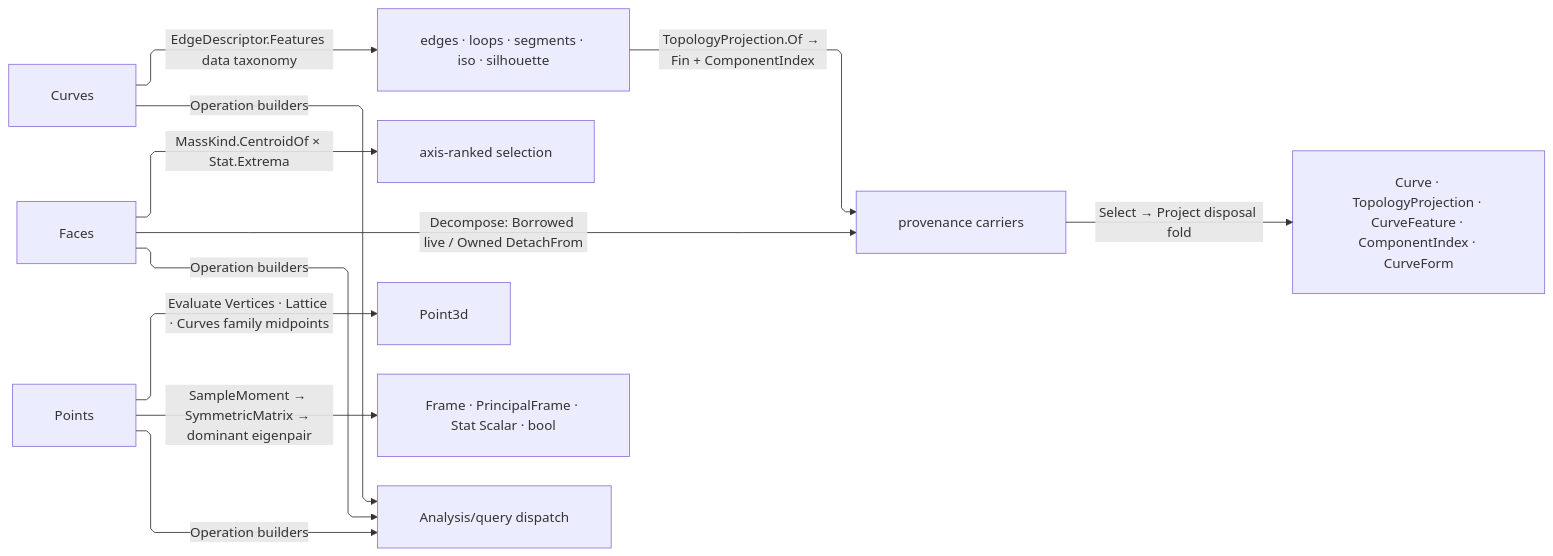
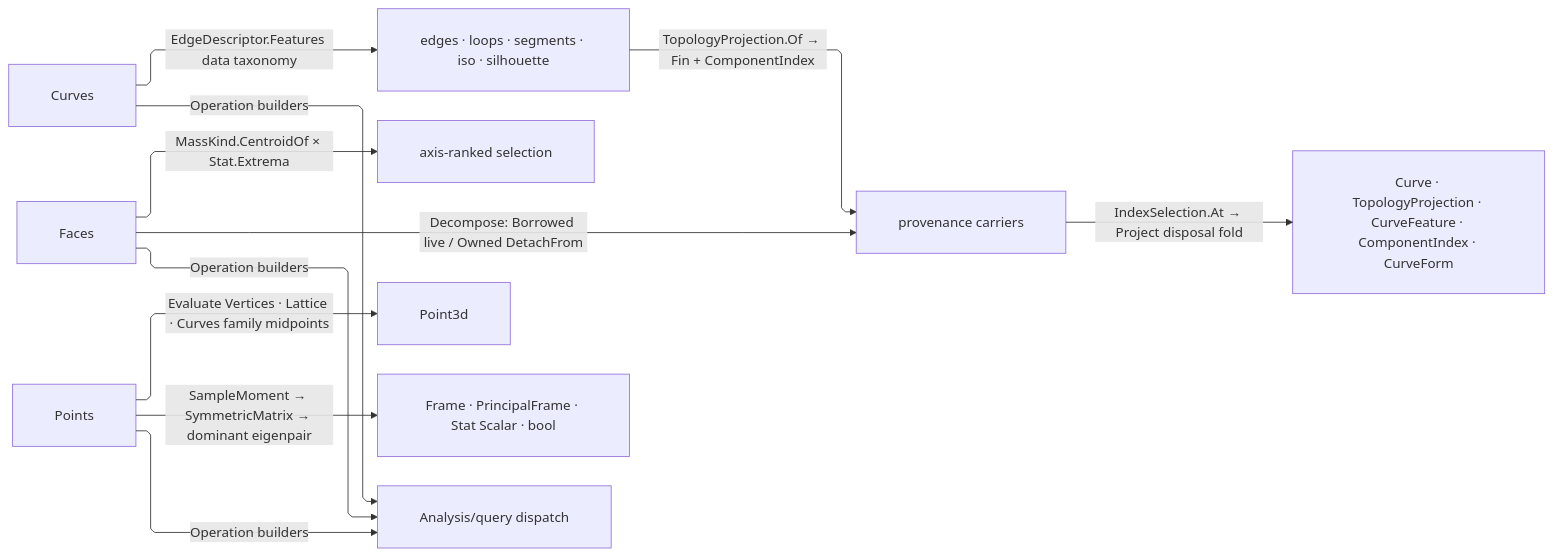
Before and after one commit to bsamiee/Rasm: the diagram in libs/dotnet/Rasm/.planning/Analysis/select.md, drawn with Mermaid. The commit also changed other lines of this file and 16 other files, not shown here.

````diff
--- a/libs/dotnet/Rasm/.planning/Analysis/select.md
+++ b/libs/dotnet/Rasm/.planning/Analysis/select.md
@@ -633,20 +616,20 @@
 ```mermaid
 ---
 config:
   layout: elk
   flowchart:
     curve: linear
     padding: 25
 ---
 flowchart LR
     accTitle: Curve, face, and point selection extraction
     accDescr: Curves extracting edge, loop, segment, iso, and silhouette features onto provenance carriers minted on the Fin result, faces decomposing borrowed or owned and ranking by axis, points sampling vertices and control lattices into principal spread, and all three entering the query dispatch as operation builders.
     Curves -->|EdgeDescriptor.Features data taxonomy| Extraction[edges · loops · segments · iso · silhouette]
     Extraction -->|TopologyProjection.Of → Fin + ComponentIndex| Carrier[provenance carriers]
-    Carrier -->|Select → Project disposal fold| Outputs[Curve · TopologyProjection · CurveFeature · ComponentIndex · CurveForm]
+    Carrier -->|IndexSelection.At → Project disposal fold| Outputs[Curve · TopologyProjection · CurveFeature · ComponentIndex · CurveForm]
     Faces -->|Decompose: Borrowed live / Owned DetachFrom| Carrier
     Faces -->|MassKind.CentroidOf × Stat.Extrema| Ranked[axis-ranked selection]
     Points -->|Evaluate Vertices · Lattice · Curves family midpoints| Point3d
     Points -->|SampleMoment → SymmetricMatrix → dominant eigenpair| Spread[Frame · PrincipalFrame · Stat Scalar · bool]
     Curves & Faces & Points -->|Operation builders| Query[Analysis/query dispatch]
 ```
````
